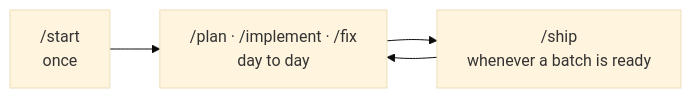
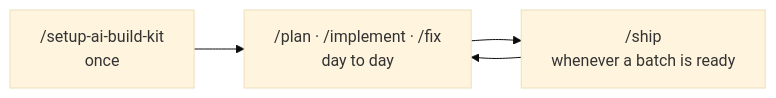
One commit to gwpicard/ai-build-kit changed the diagram in README.md. Above: the diagram before and after it, drawn with Mermaid (base theme). The commit also changed other lines of this file and 78 other files, not shown here.

````diff
--- a/README.md
+++ b/README.md
@@ -82,6 +82,6 @@
 ```mermaid
 flowchart LR
-  S["/start<br/>once"] --> L["/plan · /implement · /fix<br/>day to day"]
+  S["/setup-ai-build-kit<br/>once"] --> L["/plan · /implement · /fix<br/>day to day"]
   L --> P["/ship<br/>whenever a batch is ready"]
   P --> L
 ```
````
